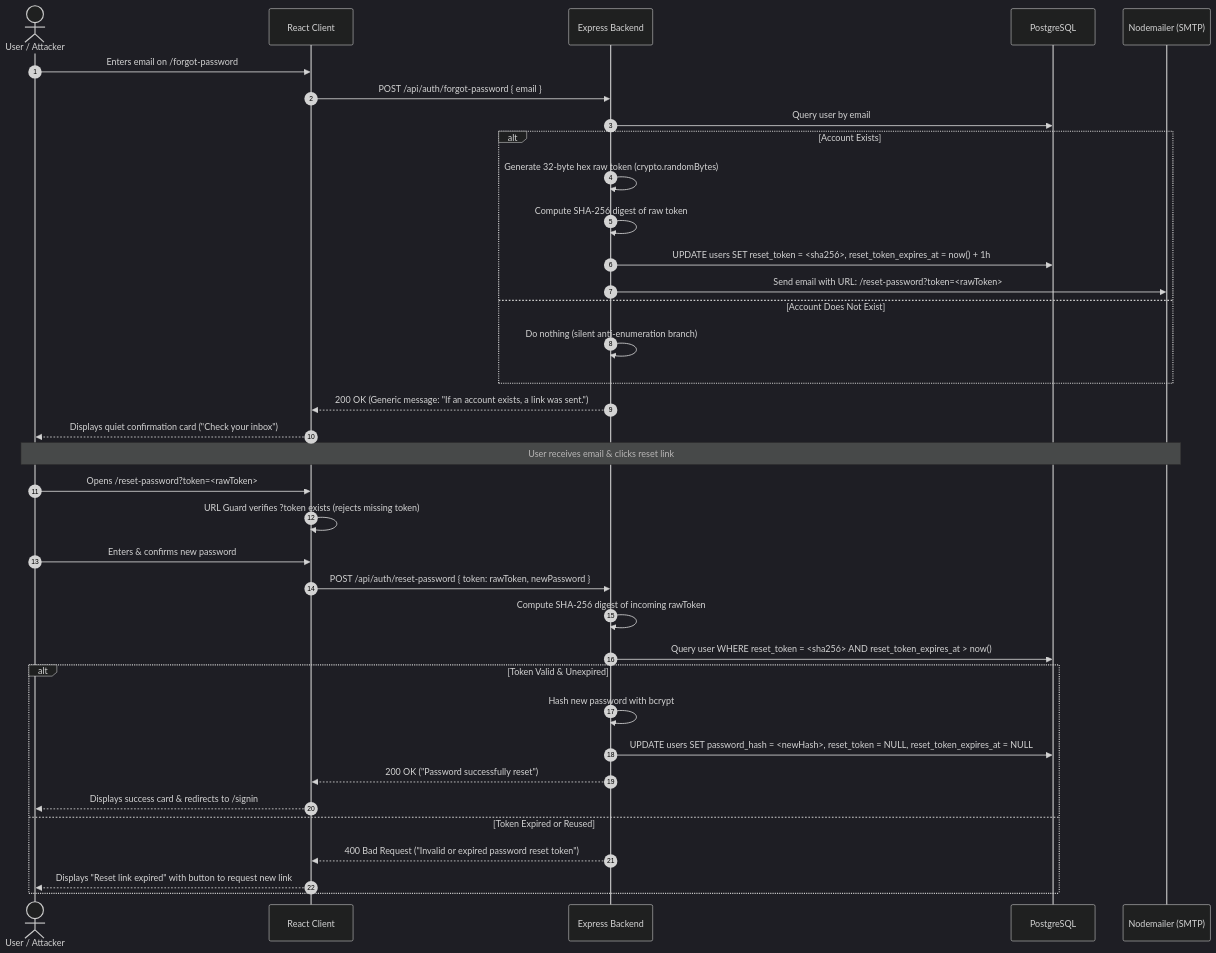
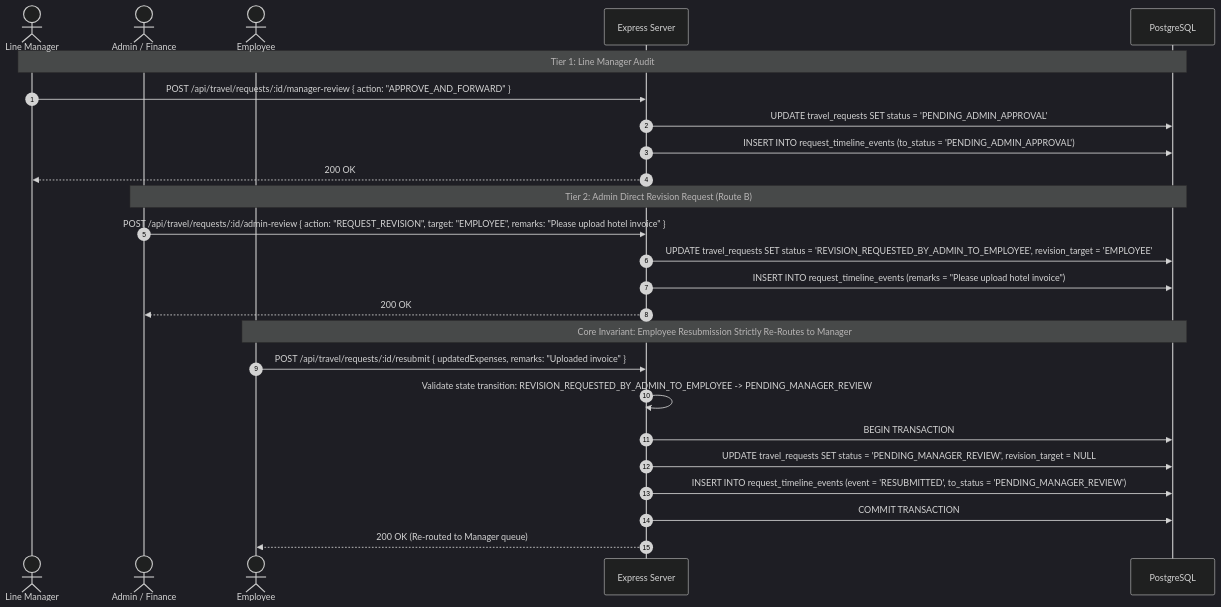
The fifth of 5 diagrams in docs/ARCHITECTURE.md (Sudalaimani777/Dashboard), drawn with Mermaid (dark theme) before and after one commit. The commit also changed other lines of this file and 47 other files, not shown here.

First line of the commit message:
Update database schema documentation and remove obsolete Postman collections

````diff
--- a/docs/ARCHITECTURE.md
+++ b/docs/ARCHITECTURE.md
@@ -94,44 +353,30 @@
 ```mermaid
 sequenceDiagram
     autonumber
-    actor User as User / Attacker
-    participant Client as React Client
-    participant Server as Express Backend
+    actor Manager as Line Manager
+    actor Admin as Admin / Finance
+    actor Employee as Employee
+    participant Server as Express Server
     participant DB as PostgreSQL
-    participant Mailer as Nodemailer (SMTP)
 
-    User->>Client: Enters email on /forgot-password
-    Client->>Server: POST /api/auth/forgot-password { email }
-    Server->>DB: Query user by email
-    
-    alt Account Exists
-        Server->>Server: Generate 32-byte hex raw token (crypto.randomBytes)
-        Server->>Server: Compute SHA-256 digest of raw token
-        Server->>DB: UPDATE users SET reset_token = <sha256>, reset_token_expires_at = now() + 1h
-        Server->>Mailer: Send email with URL: /reset-password?token=<rawToken>
-    else Account Does Not Exist
-        Server->>Server: Do nothing (silent anti-enumeration branch)
-    end
+    Note over Manager, DB: Tier 1: Line Manager Audit
+    Manager->>Server: POST /api/travel/requests/:id/manager-review { action: "APPROVE_AND_FORWARD" }
+    Server->>DB: UPDATE travel_requests SET status = 'PENDING_ADMIN_APPROVAL'
+    Server->>DB: INSERT INTO request_timeline_events (to_status = 'PENDING_ADMIN_APPROVAL')
+    Server-->>Manager: 200 OK
 
-    Server-->>Client: 200 OK (Generic message: "If an account exists, a link was sent.")
-    Client-->>User: Displays quiet confirmation card ("Check your inbox")
+    Note over Admin, DB: Tier 2: Admin Direct Revision Request (Route B)
+    Admin->>Server: POST /api/travel/requests/:id/admin-review { action: "REQUEST_REVISION", target: "EMPLOYEE", remarks: "Please upload hotel invoice" }
+    Server->>DB: UPDATE travel_requests SET status = 'REVISION_REQUESTED_BY_ADMIN_TO_EMPLOYEE', revision_target = 'EMPLOYEE'
+    Server->>DB: INSERT INTO request_timeline_events (remarks = "Please upload hotel invoice")
+    Server-->>Admin: 200 OK
 
-    Note over User, Mailer: User receives email & clicks reset link
-
-    User->>Client: Opens /reset-password?token=<rawToken>
-    Client->>Client: URL Guard verifies ?token exists (rejects missing token)
-    User->>Client: Enters & confirms new password
-    Client->>Server: POST /api/auth/reset-password { token: rawToken, newPassword }
-    Server->>Server: Compute SHA-256 digest of incoming rawToken
-    Server->>DB: Query user WHERE reset_token = <sha256> AND reset_token_expires_at > now()
-    
-    alt Token Valid & Unexpired
-        Server->>Server: Hash new password with bcrypt
-        Server->>DB: UPDATE users SET password_hash = <newHash>, reset_token = NULL, reset_token_expires_at = NULL
-        Server-->>Client: 200 OK ("Password successfully reset")
-        Client-->>User: Displays success card & redirects to /signin
-    else Token Expired or Reused
-        Server-->>Client: 400 Bad Request ("Invalid or expired password reset token")
-        Client-->>User: Displays "Reset link expired" with button to request new link
-    end
+    Note over Employee, DB: Core Invariant: Employee Resubmission Strictly Re-Routes to Manager
+    Employee->>Server: POST /api/travel/requests/:id/resubmit { updatedExpenses, remarks: "Uploaded invoice" }
+    Server->>Server: Validate state transition: REVISION_REQUESTED_BY_ADMIN_TO_EMPLOYEE -> PENDING_MANAGER_REVIEW
+    Server->>DB: BEGIN TRANSACTION
+    Server->>DB: UPDATE travel_requests SET status = 'PENDING_MANAGER_REVIEW', revision_target = NULL
+    Server->>DB: INSERT INTO request_timeline_events (event = 'RESUBMITTED', to_status = 'PENDING_MANAGER_REVIEW')
+    Server->>DB: COMMIT TRANSACTION
+    Server-->>Employee: 200 OK (Re-routed to Manager queue)
 ```
````
